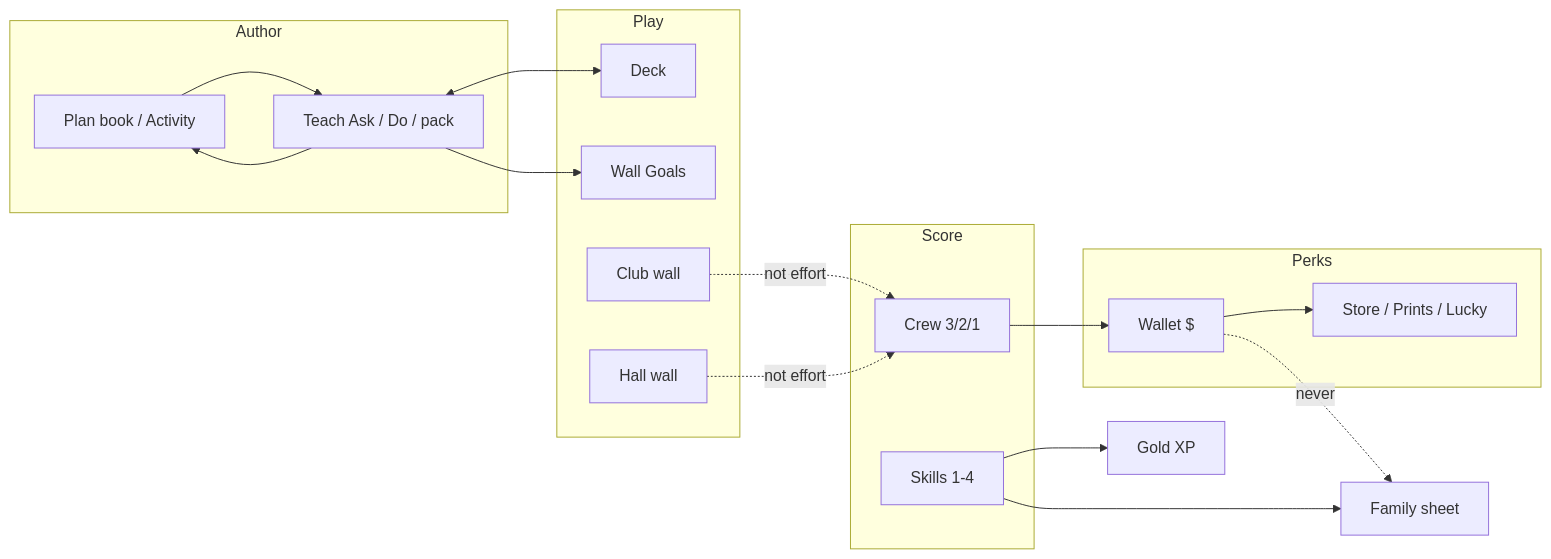
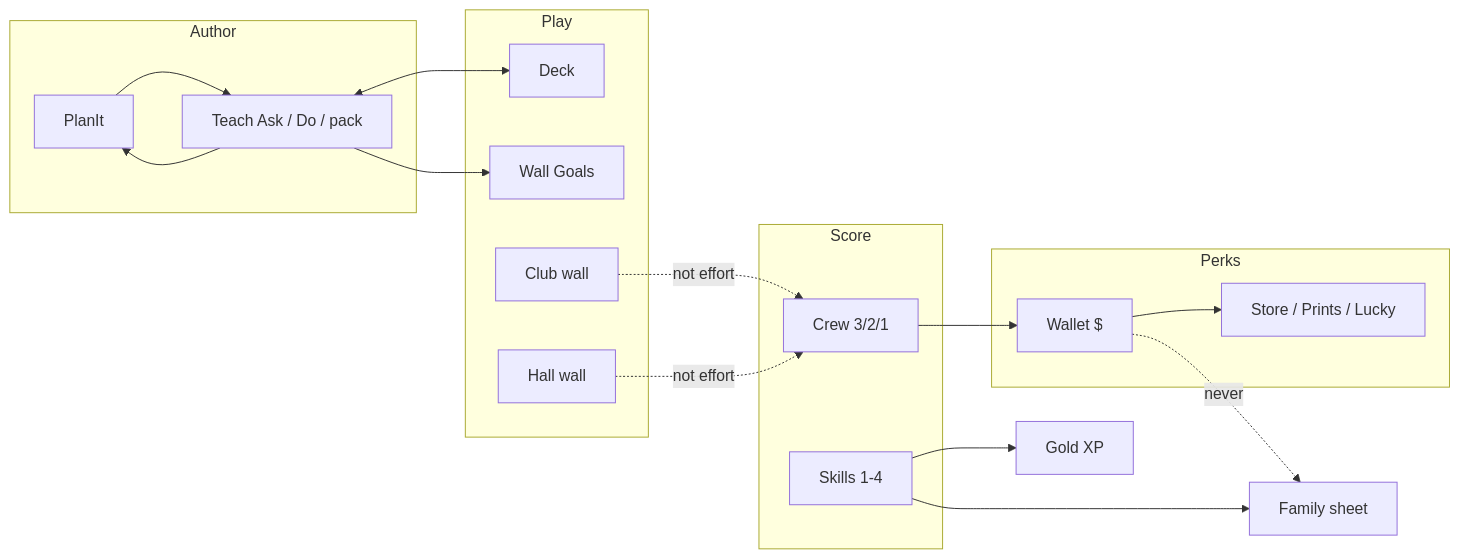
The diagram in docs/ARCHITECTURE.md (trebiluk/TechWorks), drawn with Mermaid before and after one commit. The commit also changed other lines of this file and 85 other files, not shown here.

````diff
--- a/docs/ARCHITECTURE.md
+++ b/docs/ARCHITECTURE.md
@@ -9,32 +9,32 @@
 ```mermaid
 flowchart LR
   subgraph author [Author]
-    Plan[Plan book / Activity]
+    Plan[PlanIt]
     Teach[Teach Ask / Do / pack]
   end
   subgraph play [Play]
     Deck[Deck]
     Wall[Wall Goals]
     Club[Club wall]
     Hall[Hall wall]
   end
   subgraph score [Score]
     Crew[Crew 3/2/1]
     Skill[Skills 1-4]
   end
   subgraph perk [Perks]
     Wallet[Wallet $]
     Store[Store / Prints / Lucky]
   end
   Plan --> Teach
   Teach <--> Deck
   Teach --> Wall
   Teach --> Plan
   Crew --> Wallet
   Skill --> XP[Gold XP]
   Wallet --> Store
   Club -.->|not effort| Crew
   Hall -.->|not effort| Crew
   Wallet -.->|never| Family[Family sheet]
   Skill --> Family
 ```
````
